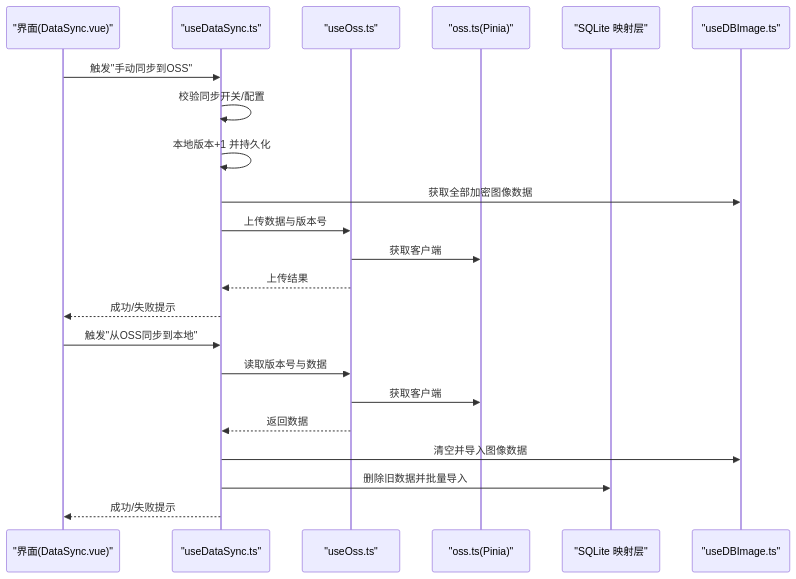
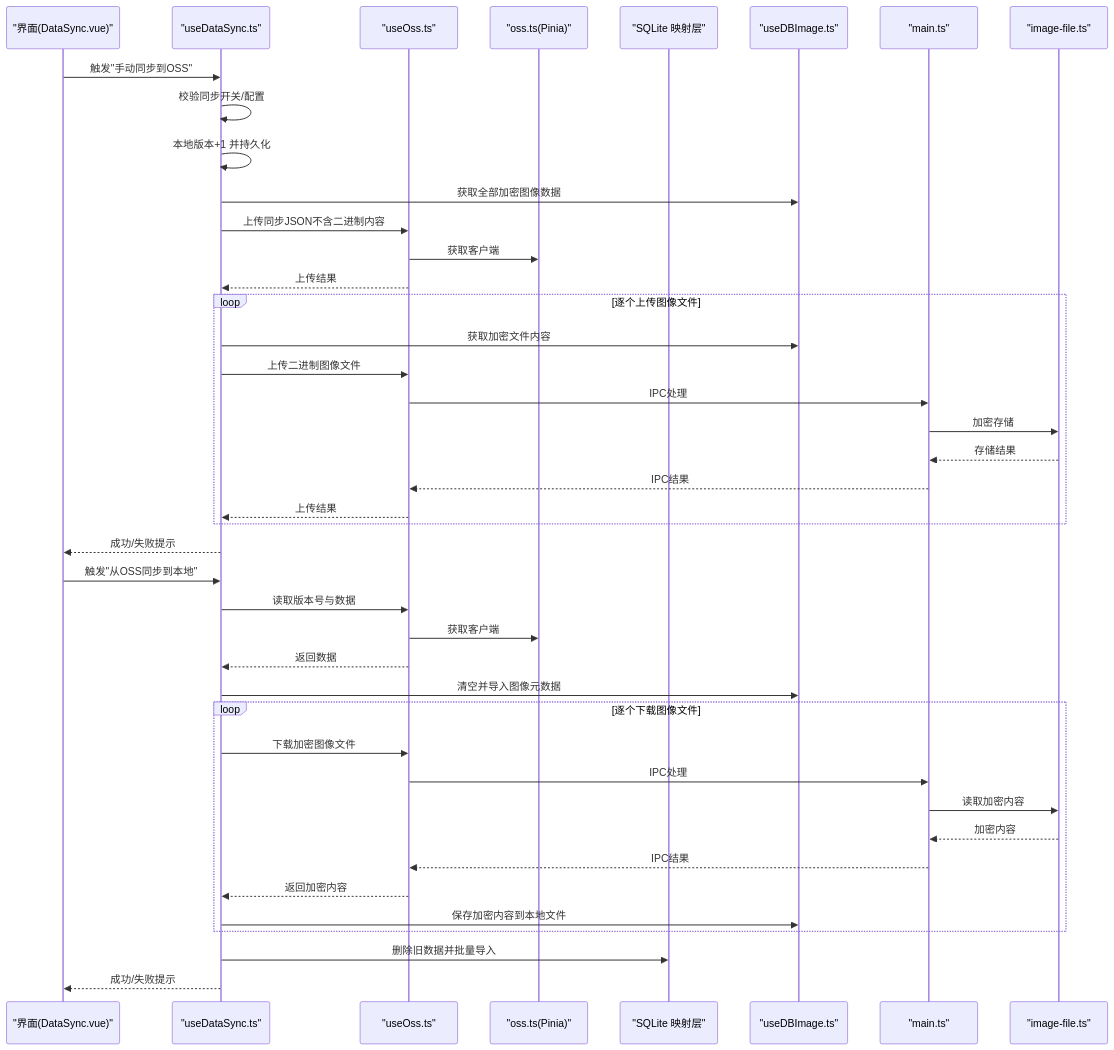
Before and after one commit to scgithub3220216/password-manager: the second of 5 diagrams in .qoder/repowiki/zh/content/业务逻辑层/数据同步机制.md, drawn with Mermaid. The commit also changed other lines of this file and 23 other files, not shown here.

First line of the commit message:
feat(sync): 完善图像数据同步架构与处理逻辑

````diff
--- a/.qoder/repowiki/zh/content/业务逻辑层/数据同步机制.md
+++ b/.qoder/repowiki/zh/content/业务逻辑层/数据同步机制.md
@@ -142,24 +145,44 @@
 ```mermaid
 sequenceDiagram
 participant UI as "界面(DataSync.vue)"
 participant Hook as "useDataSync.ts"
 participant OSS as "useOss.ts"
 participant Store as "oss.ts(Pinia)"
 participant DB as "SQLite 映射层"
 participant ImageDB as "useDBImage.ts"
+participant MainProc as "main.ts"
+participant ImageFile as "image-file.ts"
 UI->>Hook : 触发"手动同步到OSS"
 Hook->>Hook : 校验同步开关/配置
 Hook->>Hook : 本地版本+1 并持久化
 Hook->>ImageDB : 获取全部加密图像数据
-Hook->>OSS : 上传数据与版本号
+Hook->>OSS : 上传同步JSON不含二进制内容
 OSS->>Store : 获取客户端
 OSS-->>Hook : 上传结果
+Loop 逐个上传图像文件
+Hook->>ImageDB : 获取加密文件内容
+Hook->>OSS : 上传二进制图像文件
+OSS->>MainProc : IPC处理
+MainProc->>ImageFile : 加密存储
+ImageFile-->>MainProc : 存储结果
+MainProc-->>OSS : IPC结果
+OSS-->>Hook : 上传结果
+End
 Hook-->>UI : 成功/失败提示
 UI->>Hook : 触发"从OSS同步到本地"
 Hook->>OSS : 读取版本号与数据
 OSS->>Store : 获取客户端
 OSS-->>Hook : 返回数据
-Hook->>ImageDB : 清空并导入图像数据
+Hook->>ImageDB : 清空并导入图像元数据
+Loop 逐个下载图像文件
+Hook->>OSS : 下载加密图像文件
+OSS->>MainProc : IPC处理
+MainProc->>ImageFile : 读取加密内容
+ImageFile-->>MainProc : 加密内容
+MainProc-->>OSS : IPC结果
+OSS-->>Hook : 返回加密内容
+Hook->>ImageDB : 保存加密内容到本地文件
+End
 Hook->>DB : 删除旧数据并批量导入
 Hook-->>UI : 成功/失败提示
 ```
````
